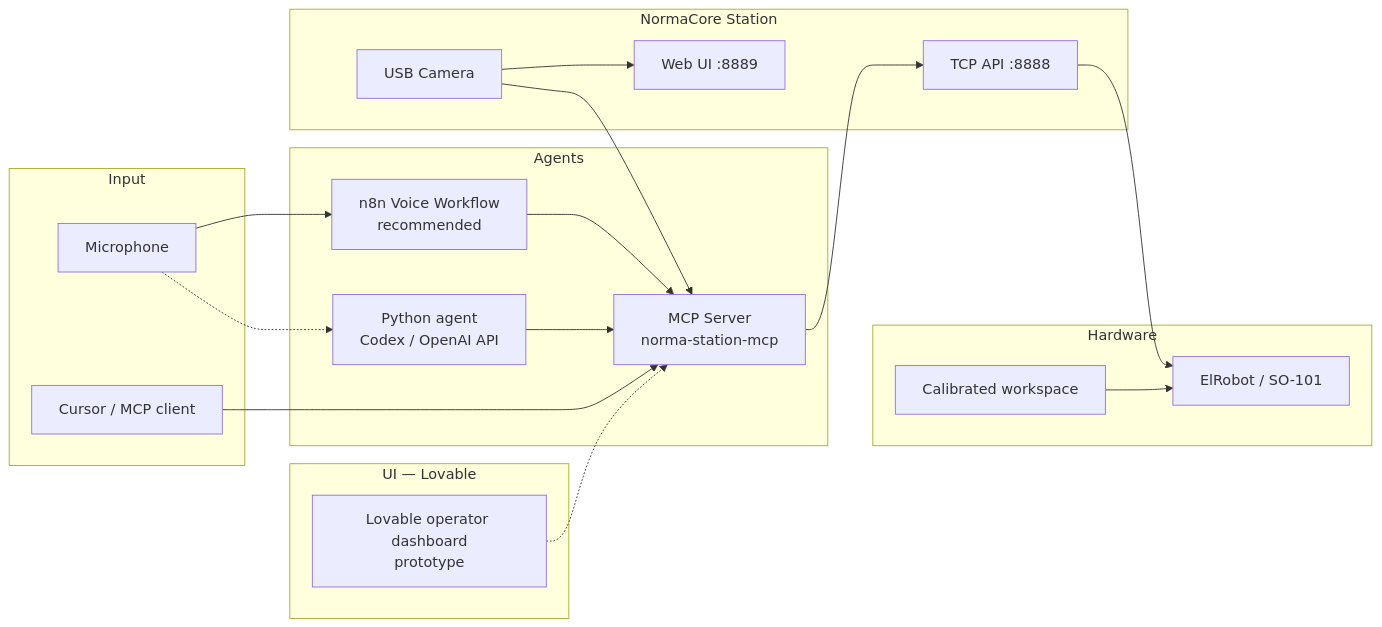
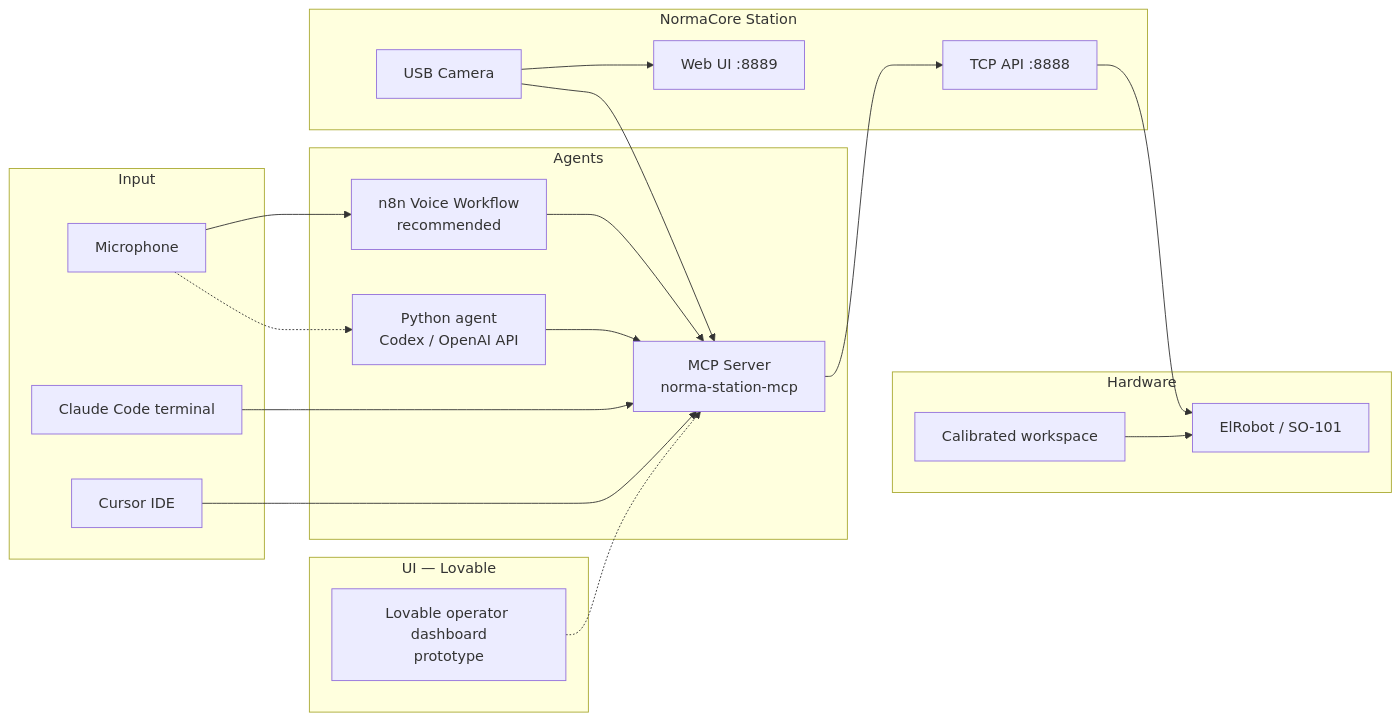
The diagram in README.md (amirrezaalasti/norma-core-berlin-hackathon), drawn with Mermaid before and after one commit. The commit also changed other lines of this file and 2 other files, not shown here.

First line of the commit message:
Add MCP configuration for Claude Code and update README

````diff
--- a/README.md
+++ b/README.md
@@ -58,40 +59,42 @@
 ```mermaid
 flowchart LR
   subgraph inputs [Input]
     Voice[Microphone]
-    Cursor[Cursor / MCP client]
+    Claude[Claude Code terminal]
+    Cursor[Cursor IDE]
   end
 
   subgraph agents [Agents]
     N8N[n8n Voice Workflow<br/>recommended]
     VA[Python agent<br/>Codex / OpenAI API]
     MCP[MCP Server<br/>norma-station-mcp]
   end
 
   subgraph station [NormaCore Station]
     TCP[TCP API :8888]
     UI[Web UI :8889]
     Cam[USB Camera]
   end
 
   subgraph ui_proto [UI — Lovable]
     Lovable[Lovable operator dashboard<br/>prototype]
   end
 
   subgraph robot [Hardware]
     Arm[ElRobot / SO-101]
     Board[Calibrated workspace]
   end
 
   Voice --> N8N
   Voice -.-> VA
   N8N --> MCP
   VA --> MCP
+  Claude --> MCP
   Cursor --> MCP
   MCP --> TCP
   TCP --> Arm
   Cam --> UI
   Cam --> MCP
   Lovable -.-> MCP
   Board --> Arm
 ```
````
